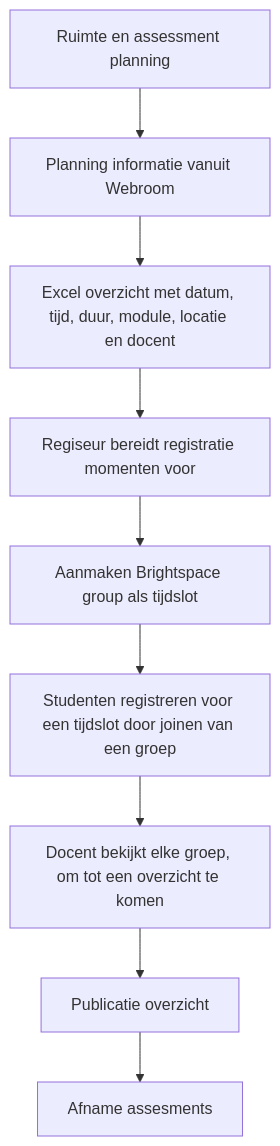
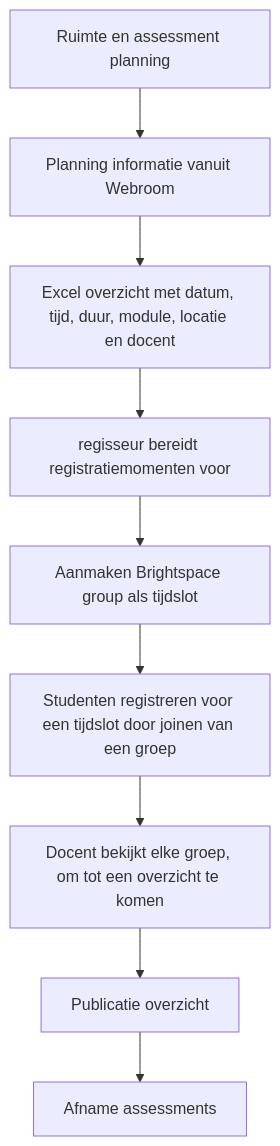
One commit to thedidymen/hanze-afstuderen changed the diagram in documents/analyseverslag/assets/diagrams/huidige_workflow.mmd. Above: the diagram before and after it, drawn with Mermaid. The commit also changed 12 other files, not shown here.

```diff
--- a/documents/analyseverslag/assets/diagrams/huidige_workflow.mmd
+++ b/documents/analyseverslag/assets/diagrams/huidige_workflow.mmd
@@ -1,9 +1,9 @@
 flowchart TD
     A[Ruimte en assessment planning] --> B[Planning informatie vanuit Webroom]
     B --> C[Excel overzicht met datum, tijd, duur, module, locatie en docent]
-    C --> D[Regiseur bereidt registratie momenten voor]
+    C --> D[regisseur bereidt registratiemomenten voor]
     D --> E[Aanmaken Brightspace group als tijdslot]
     E --> F[Studenten registreren voor een tijdslot door joinen van een groep]
     F --> G[Docent bekijkt elke groep, om tot een overzicht te komen]
     G --> H[Publicatie overzicht]
-    H --> I[Afname assesments]
+    H --> I[Afname assessments]
```
